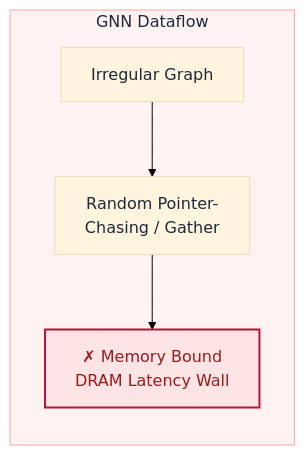
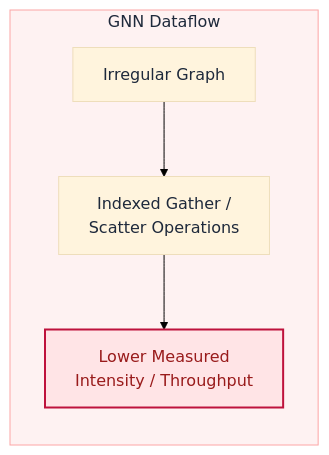
One commit to yusufarbc/intel-npu-gnn-benchmarking changed the second of 2 diagrams in showcase/slides.md. Above: the diagram before and after it, drawn with Mermaid. The commit also changed other lines of this file and 13 other files, not shown here.

````diff
--- a/showcase/slides.md
+++ b/showcase/slides.md
@@ -185,11 +185,11 @@
 ```mermaid {scale: 0.75}
 %%{init: {"theme": "base", "themeVariables": {"titleColor": "#1e293b", "textColor": "#1e293b", "primaryTextColor": "#1e293b", "background": "#ffffff"}}}%%
 graph TB
   subgraph Sparse[GNN Dataflow]
     direction TB
-    D[Irregular Graph] --> E[Random Pointer-<br/>Chasing / Gather]
-    E --> F[✗ Memory Bound<br/>DRAM Latency Wall]
+    D[Irregular Graph] --> E[Indexed Gather /<br/>Scatter Operations]
+    E --> F[Lower Measured<br/>Intensity / Throughput]
   end
   style F fill:#ffe4e6,stroke:#be123c,stroke-width:2px,color:#991b1b
   style Sparse fill:#fef2f2,stroke:#fca5a5,stroke-width:1px
 ```
````
